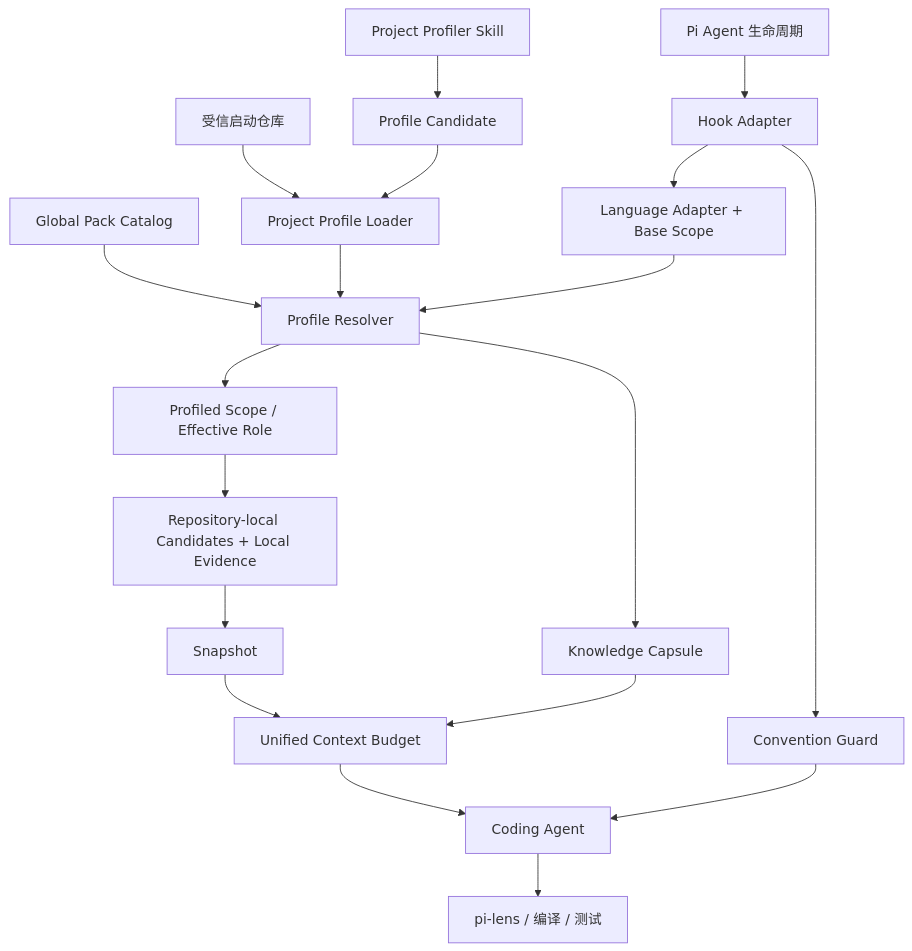
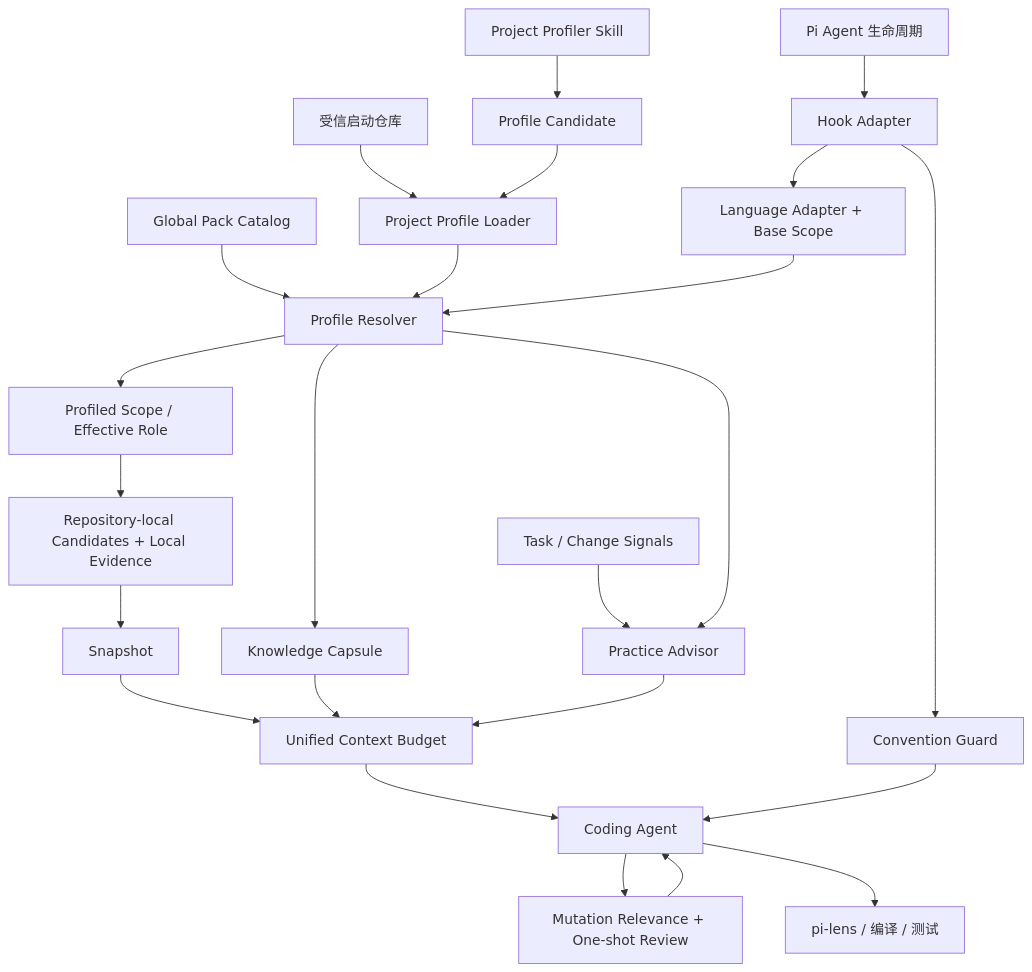
The first of 2 diagrams in docs/design.md (Ingress007/pi-convention-sense), drawn with Mermaid before and after one commit. The commit also changed other lines of this file and 35 other files, not shown here.

````diff
--- a/docs/design.md
+++ b/docs/design.md
@@ -55,21 +62,26 @@
 ```mermaid
 flowchart TD
     A["Pi Agent 生命周期"] --> B["Hook Adapter"]
     T["受信启动仓库"] --> P["Project Profile Loader"]
     K["Global Pack Catalog"] --> R["Profile Resolver"]
     P --> R
     B --> C["Language Adapter + Base Scope"]
     C --> R
     R --> S["Profiled Scope / Effective Role"]
     S --> D["Repository-local Candidates + Local Evidence"]
     D --> E["Snapshot"]
     R --> Q["Knowledge Capsule"]
     E --> X["Unified Context Budget"]
     Q --> X
+    M["Task / Change Signals"] --> V["Practice Advisor"]
+    R --> V
+    V --> X
     X --> G["Coding Agent"]
     B --> F["Convention Guard"]
     F --> G
+    G --> Z["Mutation Relevance + One-shot Review"]
+    Z --> G
     G --> H["pi-lens / 编译 / 测试"]
     J["Project Profiler Skill"] --> Y["Profile Candidate"]
     Y --> P
 ```
````
